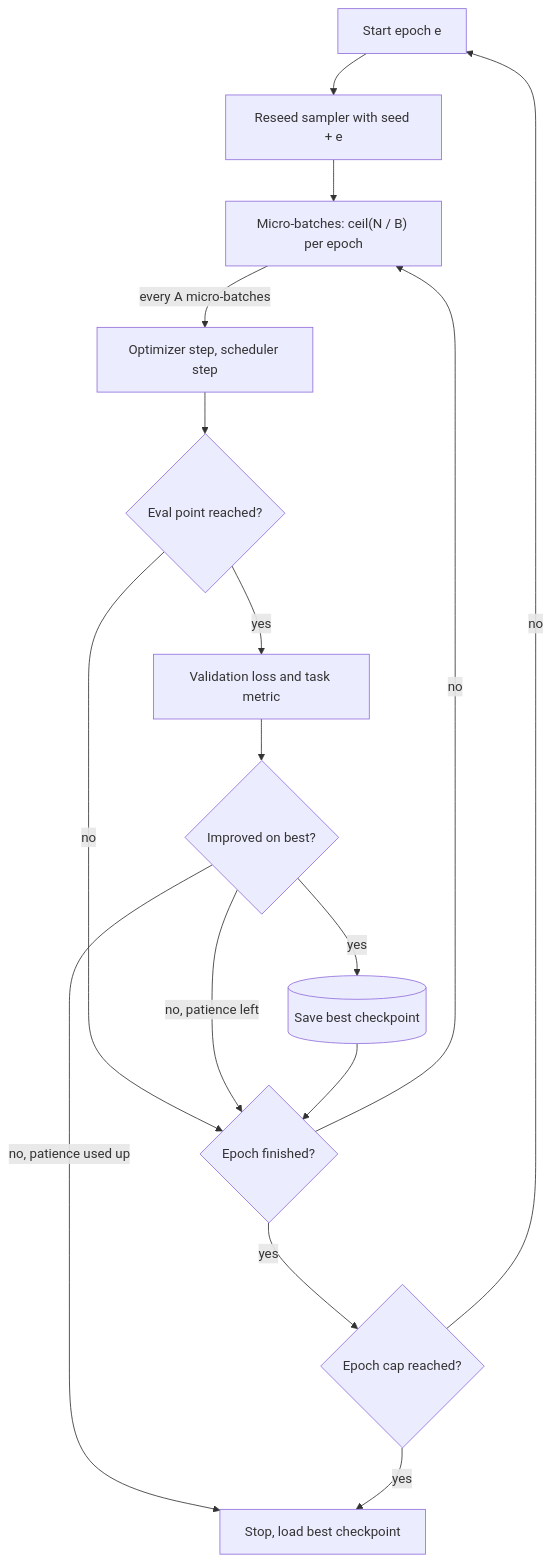
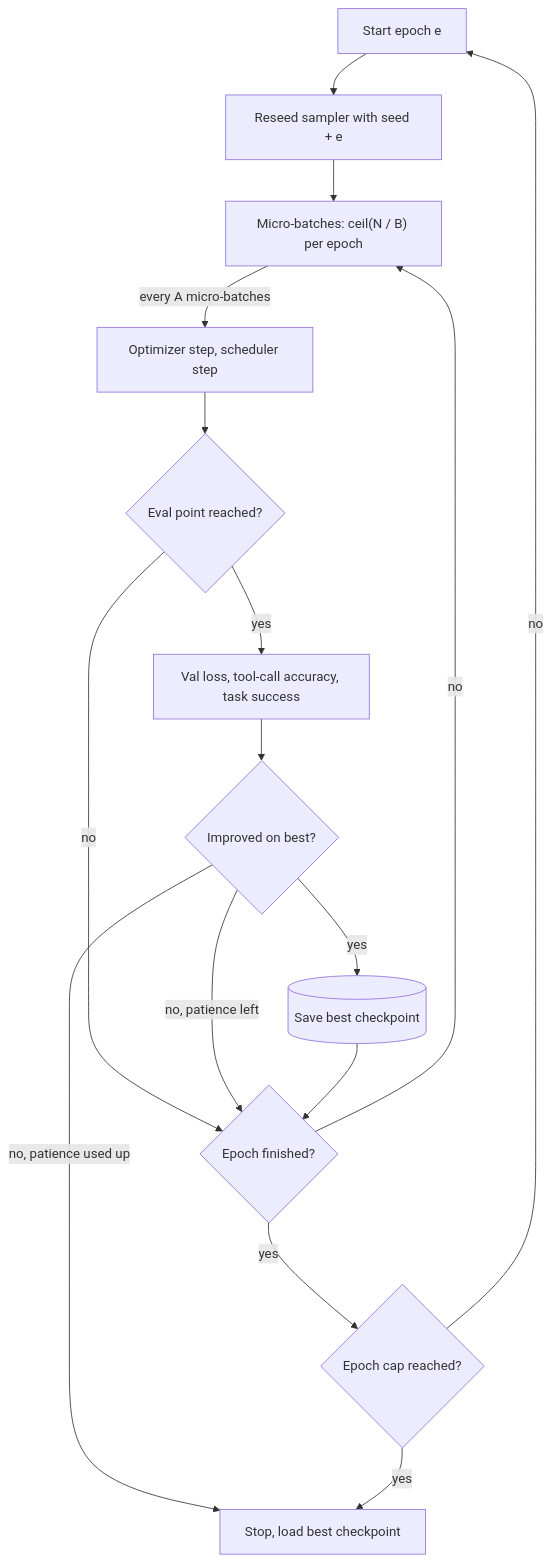
The diagram in content/training-adaptation/epochs.md (lovishmahajan97/agentic-learning), drawn with Mermaid before and after one commit. The commit also changed other lines of this file and 266 other files, not shown here.

````diff
--- a/content/training-adaptation/epochs.md
+++ b/content/training-adaptation/epochs.md
@@ -120,18 +139,18 @@
 ```mermaid
 flowchart TD
     S["Start epoch e"] --> R["Reseed sampler with seed + e"]
     R --> B["Micro-batches: ceil(N / B) per epoch"]
     B -->|"every A micro-batches"| O["Optimizer step, scheduler step"]
     O --> E{"Eval point reached?"}
     E -->|"no"| D{"Epoch finished?"}
-    E -->|"yes"| V["Validation loss and task metric"]
+    E -->|"yes"| V["Val loss, tool-call accuracy, task success"]
     V --> I{"Improved on best?"}
     I -->|"yes"| C[("Save best checkpoint")]
     I -->|"no, patience used up"| X["Stop, load best checkpoint"]
     I -->|"no, patience left"| D
     C --> D
     D -->|"no"| B
     D -->|"yes"| N{"Epoch cap reached?"}
     N -->|"no"| S
     N -->|"yes"| X
 ```
````
